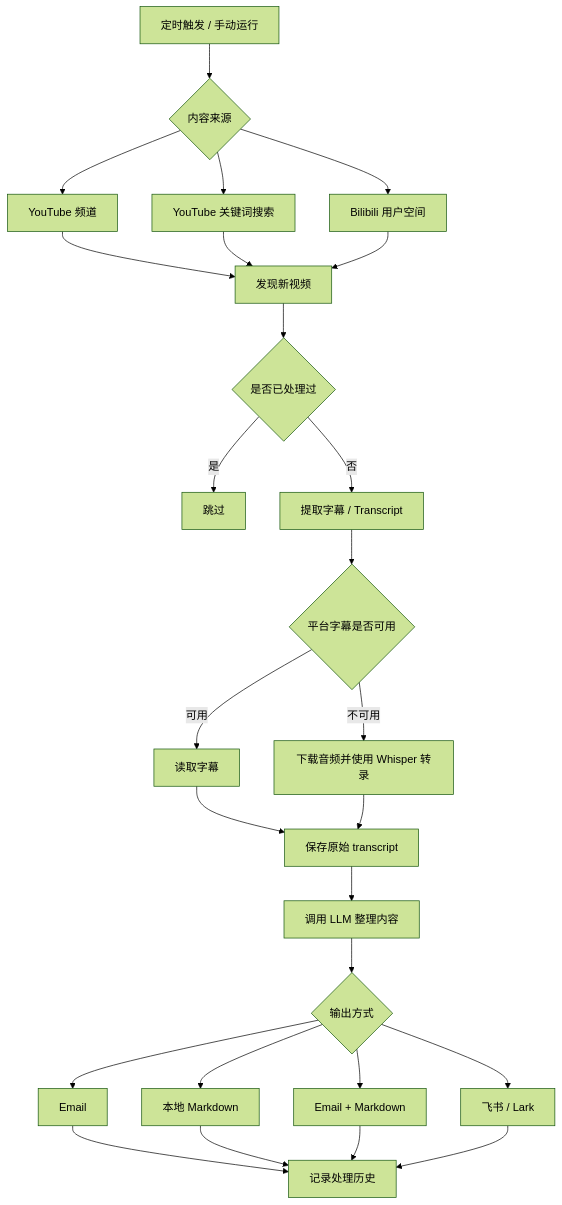
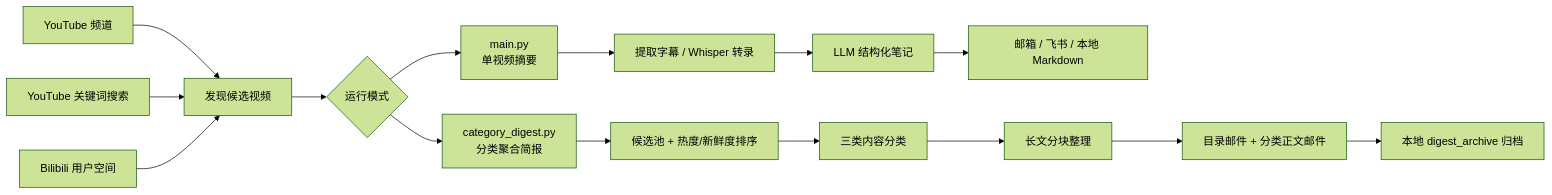
One commit to Qsagacity/VideoDigestAgent-custom changed the first of 4 diagrams in README.md. Above: the diagram before and after it, drawn with Mermaid (forest theme). The commit also changed other lines of this file, not shown here.

````diff
--- a/README.md
+++ b/README.md
@@ -83,34 +12,20 @@
 ```mermaid
-flowchart TD
-    A[定时触发 / 手动运行] --> B{内容来源}
-    B --> C[YouTube 频道]
-    B --> D[YouTube 关键词搜索]
-    B --> E[Bilibili 用户空间]
+flowchart LR
+    A[YouTube 频道] --> D[发现候选视频]
+    B[YouTube 关键词搜索] --> D
+    C[Bilibili 用户空间] --> D
 
-    C --> F[发现新视频]
-    D --> F
-    E --> F
+    D --> E{运行模式}
+    E --> F[main.py<br/>单视频摘要]
+    E --> G[category_digest.py<br/>分类聚合简报]
 
-    F --> G{是否已处理过}
-    G -->|是| H[跳过]
-    G -->|否| I[提取字幕 / Transcript]
+    F --> H[提取字幕 / Whisper 转录]
+    H --> I[LLM 结构化笔记]
+    I --> J[邮箱 / 飞书 / 本地 Markdown]
 
-    I --> J{平台字幕是否可用}
-    J -->|可用| K[读取字幕]
-    J -->|不可用| L[下载音频并使用 Whisper 转录]
-
-    K --> M[保存原始 transcript]
-    L --> M
-
-    M --> N[调用 LLM 整理内容]
-    N --> O{输出方式}
-    O --> P[Email]
-    O --> Q[本地 Markdown]
-    O --> R[Email + Markdown]
-    O --> S[飞书 / Lark]
-
-    P --> T[记录处理历史]
-    Q --> T
-    R --> T
-    S --> T
+    G --> K[候选池 + 热度/新鲜度排序]
+    K --> L[三类内容分类]
+    L --> M[长文分块整理]
+    M --> N[目录邮件 + 分类正文邮件]
+    N --> O[本地 digest_archive 归档]
 ```
````
